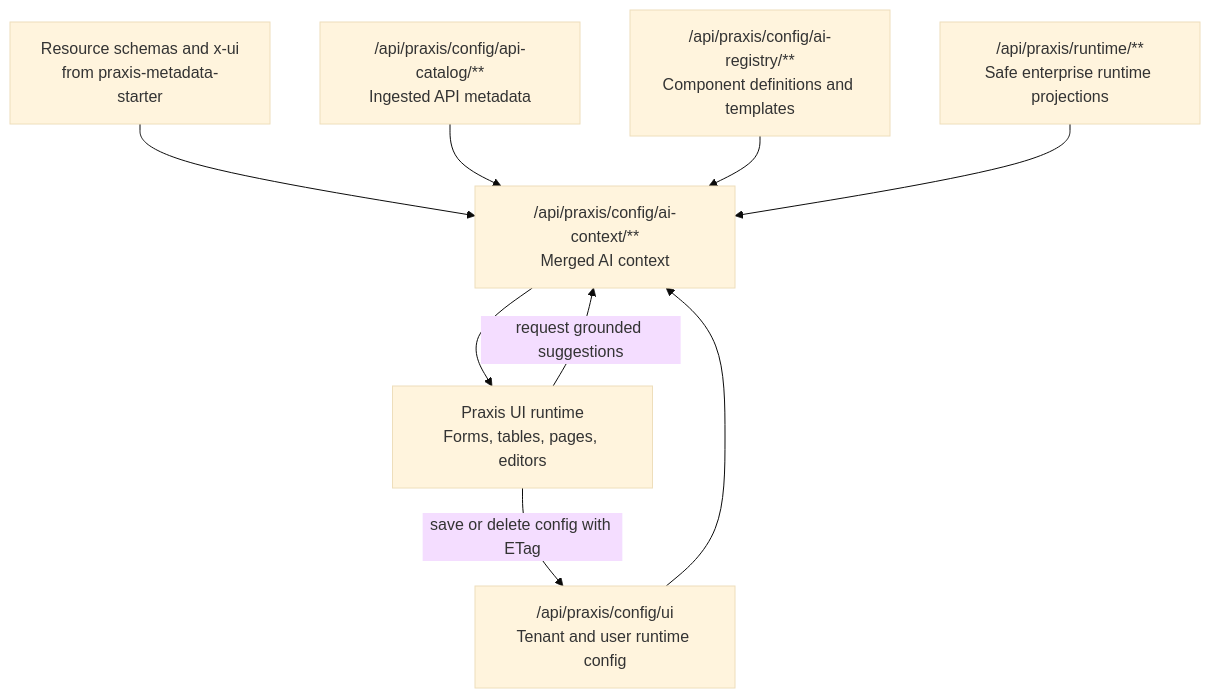
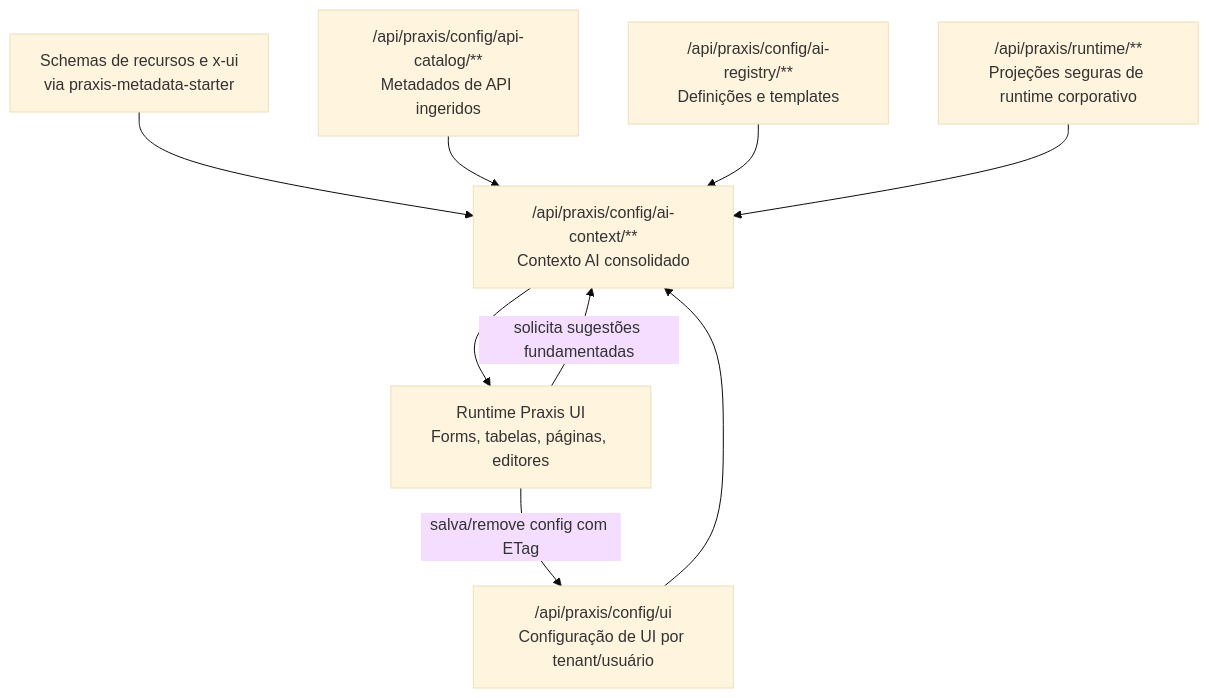
One commit to codexrodrigues/praxis-config-starter changed the second of 3 diagrams in README.md. Above: the diagram before and after it, drawn with Mermaid (base theme). The commit also changed other lines of this file and 51 other files, not shown here.

Commit message:
docs(config-starter): remove referencias internas, IDs e caminhos locais

````diff
--- a/README.md
+++ b/README.md
@@ -119,19 +96,19 @@
 ```mermaid
 flowchart TD
-    schemas["Resource schemas and x-ui<br/>from praxis-metadata-starter"]
-    apiCatalog["/api/praxis/config/api-catalog/**<br/>Ingested API metadata"]
-    registry["/api/praxis/config/ai-registry/**<br/>Component definitions and templates"]
-    uiConfig["/api/praxis/config/ui<br/>Tenant and user runtime config"]
-    runtimeContext["/api/praxis/runtime/**<br/>Safe enterprise runtime projections"]
-    context["/api/praxis/config/ai-context/**<br/>Merged AI context"]
-    runtime["Praxis UI runtime<br/>Forms, tables, pages, editors"]
+    schemas["Schemas de recursos e x-ui<br/>via praxis-metadata-starter"]
+    apiCatalog["/api/praxis/config/api-catalog/**<br/>Metadados de API ingeridos"]
+    registry["/api/praxis/config/ai-registry/**<br/>Definições e templates"]
+    uiConfig["/api/praxis/config/ui<br/>Configuração de UI por tenant/usuário"]
+    runtimeContext["/api/praxis/runtime/**<br/>Projeções seguras de runtime corporativo"]
+    context["/api/praxis/config/ai-context/**<br/>Contexto AI consolidado"]
+    runtime["Runtime Praxis UI<br/>Forms, tabelas, páginas, editores"]
 
     schemas --> context
     apiCatalog --> context
     registry --> context
     uiConfig --> context
     runtimeContext --> context
     context --> runtime
-    runtime -->|"save or delete config with ETag"| uiConfig
-    runtime -->|"request grounded suggestions"| context
+    runtime -->|"salva/remove config com ETag"| uiConfig
+    runtime -->|"solicita sugestões fundamentadas"| context
 ```
````
